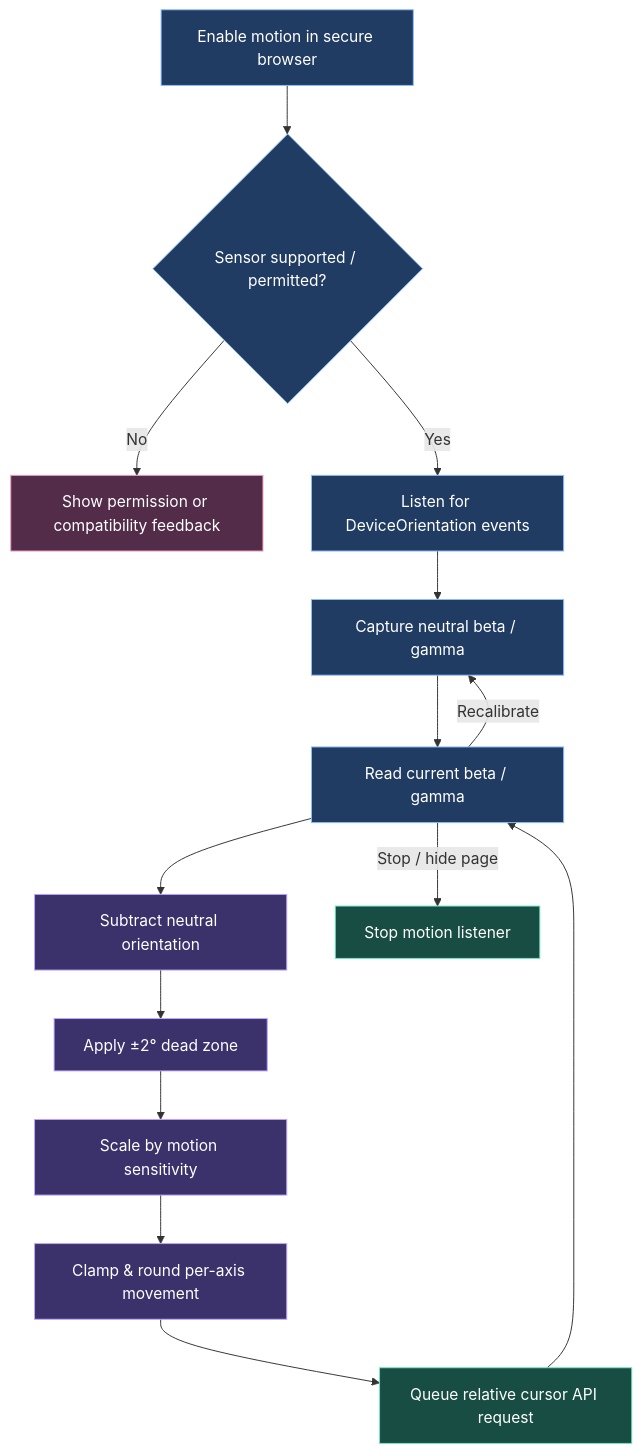
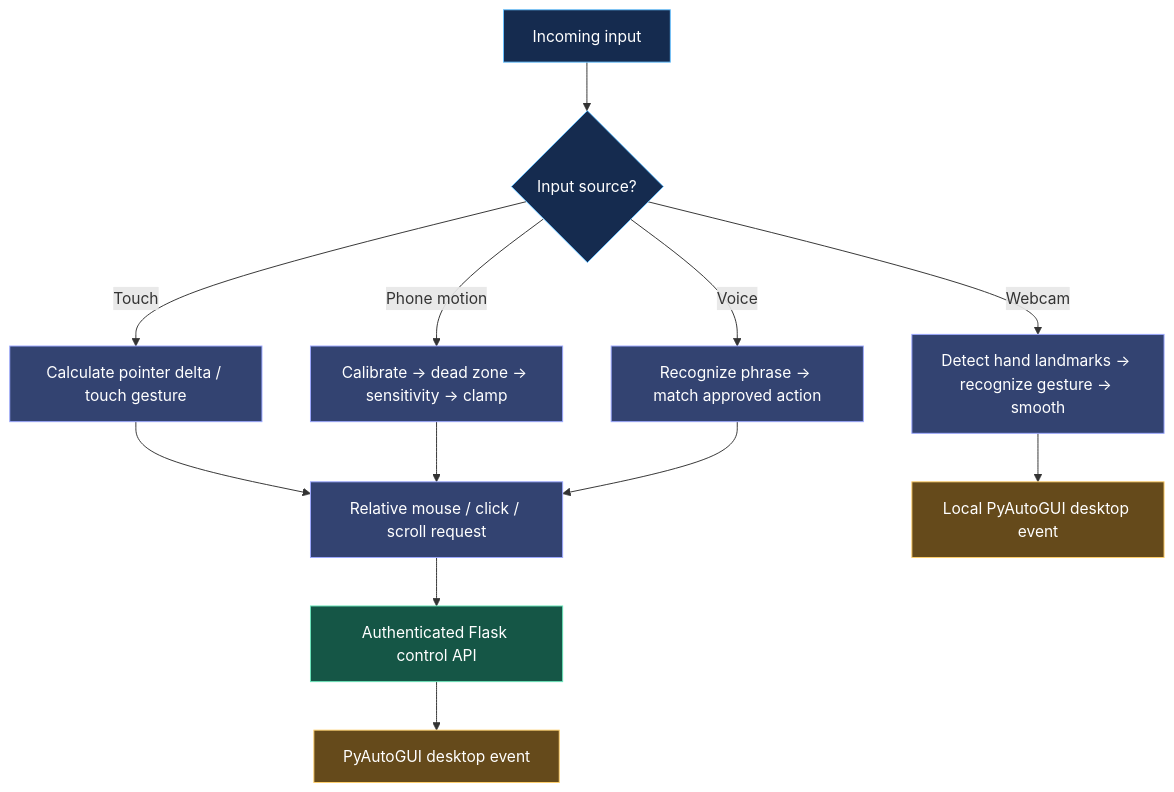
Before and after one commit to pushkkal0201-bit/Air_Cursor: the third of 5 diagrams in README.md, drawn with Mermaid. The commit also changed other lines of this file, not shown here.

Commit message:
docs: refine AirCursor README with professional architecture, controls and setup

```diff
--- a/README.md
+++ b/README.md
@@ -425,25 +165,23 @@
 ~~~mermaid
-flowchart TD
-  A["Enable motion in secure browser"] --> B{"Sensor supported / permitted?"}
-  B -->|No| C["Show permission or compatibility feedback"]
-  B -->|Yes| D["Listen for DeviceOrientation events"]
-  D --> E["Capture neutral beta / gamma"]
-  E --> F["Read current beta / gamma"]
-  F --> G["Subtract neutral orientation"]
-  G --> H["Apply ±2° dead zone"]
-  H --> I["Scale by motion sensitivity"]
-  I --> J["Clamp & round per-axis movement"]
-  J --> K["Queue relative cursor API request"]
-  K --> F
-  F -->|Recalibrate| E
-  F -->|Stop / hide page| L["Stop motion listener"]
+flowchart TB
+  A["Incoming input"] --> B{"Input source?"}
+  B -->|Touch| C["Calculate pointer delta / touch gesture"]
+  B -->|Phone motion| D["Calibrate → dead zone → sensitivity → clamp"]
+  B -->|Webcam| E["Detect hand landmarks → recognize gesture → smooth"]
+  B -->|Voice| F["Recognize phrase → match approved action"]
+  C --> G["Relative mouse / click / scroll request"]
+  D --> G
+  F --> G
+  G --> H["Authenticated Flask control API"]
+  H --> I["PyAutoGUI desktop event"]
+  E --> J["Local PyAutoGUI desktop event"]
 
-  classDef device fill:#213C62,stroke:#8CBCFF,color:#FFFFFF;
-  classDef math fill:#3B316B,stroke:#BEA5FF,color:#FFFFFF;
-  classDef control fill:#174D43,stroke:#76E5C2,color:#FFFFFF;
-  classDef warn fill:#522C48,stroke:#EF9DBC,color:#FFFFFF;
-  class A,B,D,E,F device;
-  class G,H,I,J math;
-  class K,L control;
-  class C warn;
+  classDef raw fill:#152B4F,stroke:#68C2FF,color:#FFFFFF;
+  classDef processing fill:#334371,stroke:#9DA9FF,color:#FFFFFF;
+  classDef secure fill:#155646,stroke:#6BE5BB,color:#FFFFFF;
+  classDef output fill:#654A1B,stroke:#FFD06D,color:#FFFFFF;
+  class A,B raw;
+  class C,D,E,F,G processing;
+  class H secure;
+  class I,J output;
 ~~~
```
